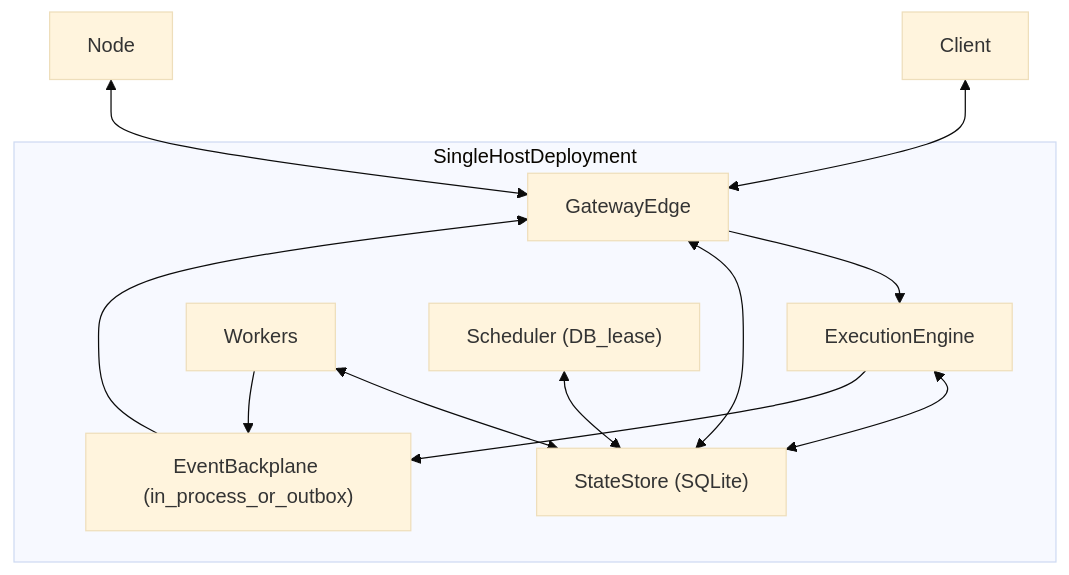
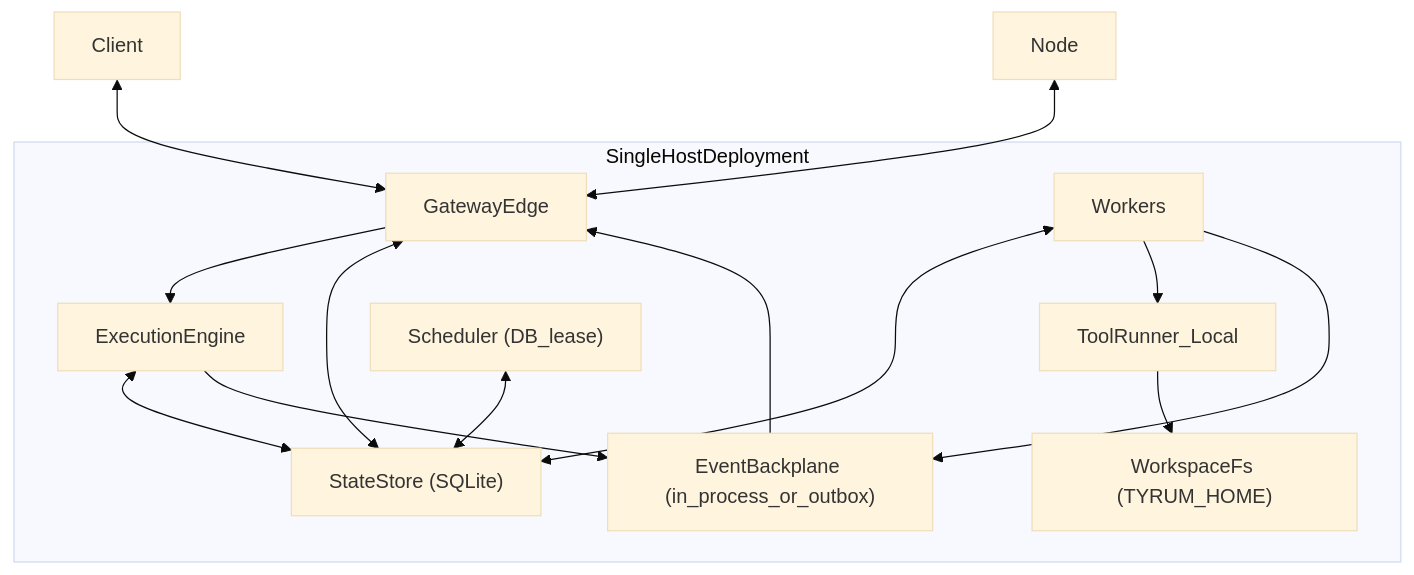
Before and after one commit to tyrumai/tyrum: the first of 2 diagrams in docs/architecture/scaling-ha.md, drawn with Mermaid (base theme). The commit also changed other lines of this file and 82 other files, not shown here.

````diff
--- a/docs/architecture/scaling-ha.md
+++ b/docs/architecture/scaling-ha.md
@@ -89,24 +111,27 @@
 ```mermaid
 flowchart TB
   subgraph singleHost[SingleHostDeployment]
     GatewayEdge[GatewayEdge]
     ExecutionEngine[ExecutionEngine]
     WorkerPool[Workers]
+    ToolRunner[ToolRunner_Local]
     Scheduler["Scheduler (DB_lease)"]
     StateStore["StateStore (SQLite)"]
     Backplane["EventBackplane (in_process_or_outbox)"]
 
     GatewayEdge --> ExecutionEngine
     GatewayEdge <--> StateStore
     ExecutionEngine <--> StateStore
     WorkerPool <--> StateStore
     Scheduler <--> StateStore
+    WorkerPool --> ToolRunner
+    ToolRunner --> WorkspaceFs["WorkspaceFs (TYRUM_HOME)"]
 
     WorkerPool --> Backplane
     ExecutionEngine --> Backplane
     Backplane --> GatewayEdge
   end
 
   Client[Client] <--> GatewayEdge
   NodeRuntime[Node] <--> GatewayEdge
 ```
````
